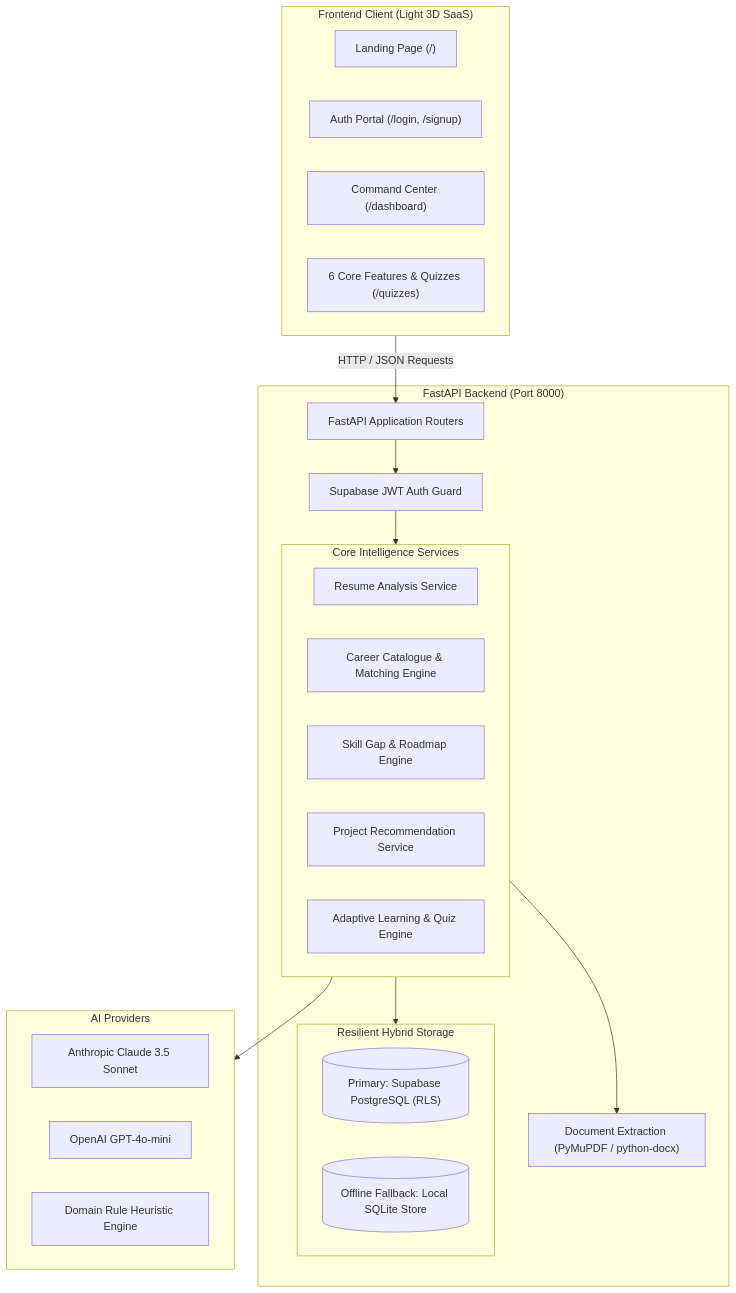
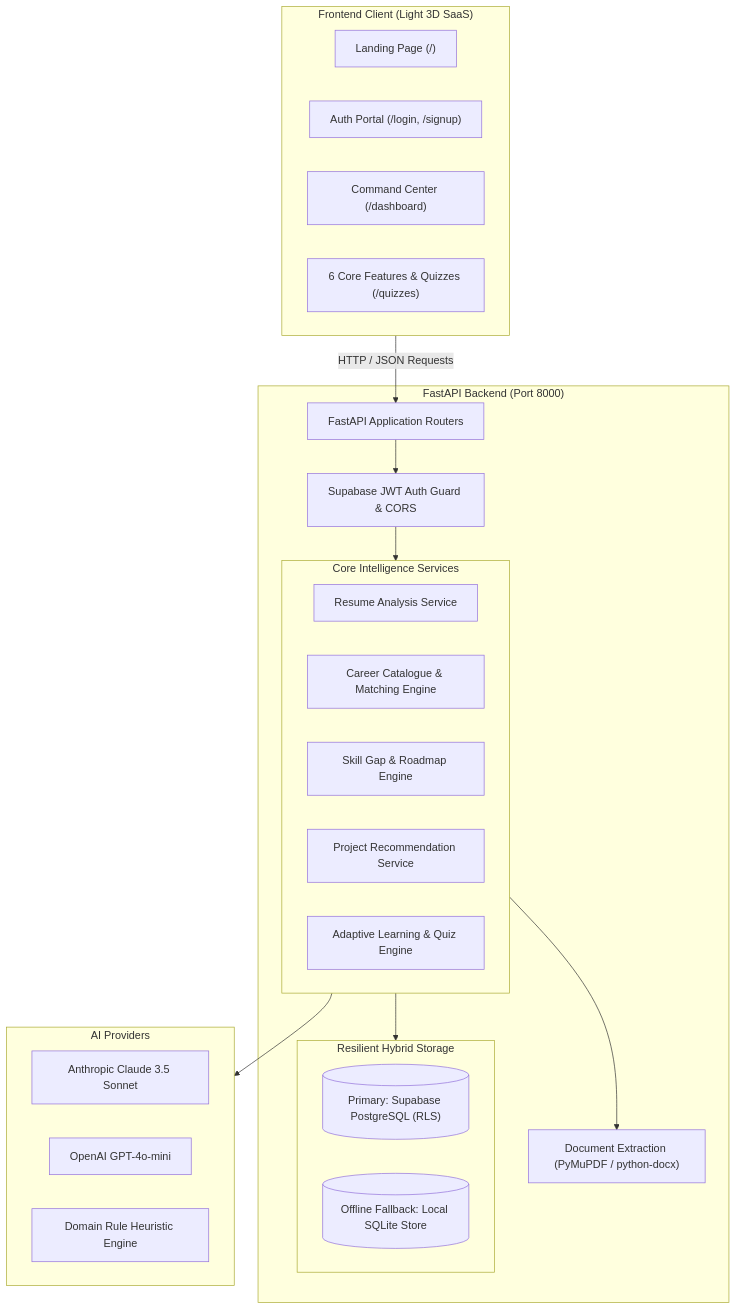
Before and after one commit to VallabhDevale-tech/PATHFORGE-AI: the diagram in README.md, drawn with Mermaid. The commit also changed other lines of this file, not shown here.

````diff
--- a/README.md
+++ b/README.md
@@ -145,41 +168,41 @@
 ```mermaid
 flowchart TD
     subgraph Client["Frontend Client (Light 3D SaaS)"]
         UI_Land["Landing Page (/)"]
         UI_Auth["Auth Portal (/login, /signup)"]
         UI_Dash["Command Center (/dashboard)"]
         UI_Feat["6 Core Features & Quizzes (/quizzes)"]
     end
 
     subgraph Server["FastAPI Backend (Port 8000)"]
         Router["FastAPI Application Routers"]
-        AuthDep["Supabase JWT Auth Guard"]
+        AuthDep["Supabase JWT Auth Guard & CORS"]
         Parser["Document Extraction (PyMuPDF / python-docx)"]
         
         subgraph Services["Core Intelligence Services"]
             S_Resume["Resume Analysis Service"]
             S_Career["Career Catalogue & Matching Engine"]
             S_Gap["Skill Gap & Roadmap Engine"]
             S_Project["Project Recommendation Service"]
             S_Adapt["Adaptive Learning & Quiz Engine"]
         end
         
         subgraph Storage["Resilient Hybrid Storage"]
             SupabaseDB[("Primary: Supabase PostgreSQL (RLS)")]
             SQLiteDB[("Offline Fallback: Local SQLite Store")]
         end
     end
 
     subgraph AI["AI Providers"]
         Claude["Anthropic Claude 3.5 Sonnet"]
         OpenAI["OpenAI GPT-4o-mini"]
         RuleFallback["Domain Rule Heuristic Engine"]
     end
 
     Client -->|HTTP / JSON Requests| Router
     Router --> AuthDep
     AuthDep --> Services
     Services --> Parser
     Services --> AI
     Services --> Storage
 ```
````
